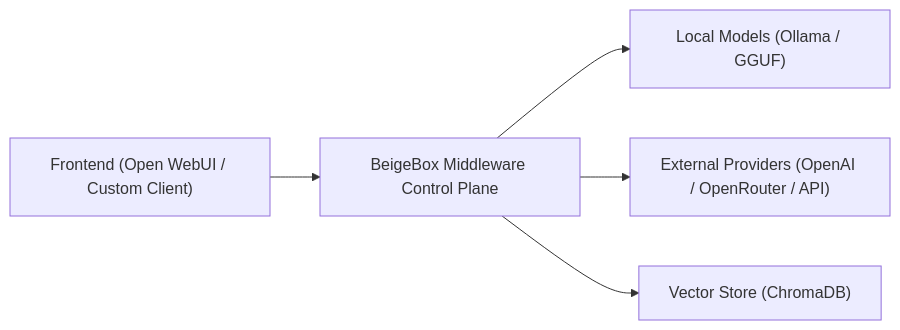
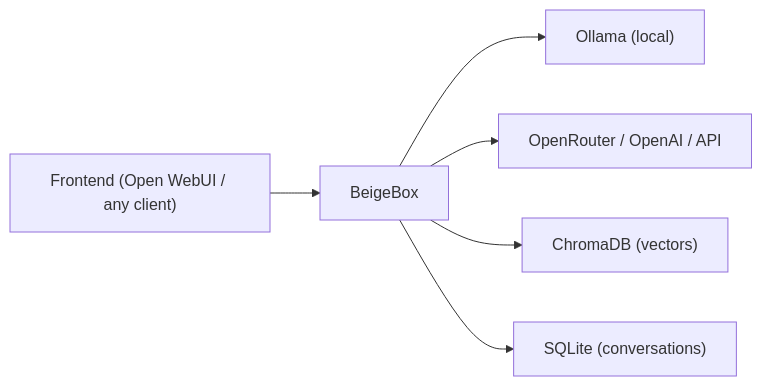
The diagram in README.md (RALaBarge/beigebox), drawn with Mermaid before and after one commit. The commit also changed other lines of this file and 1 other file, not shown here.

````diff
--- a/README.md
+++ b/README.md
@@ -45,13 +7,15 @@
 ```mermaid
 flowchart LR
-  FE["Frontend (Open WebUI / Custom Client)"]
-  BB["BeigeBox Middleware Control Plane"]
-  LM["Local Models (Ollama / GGUF)"]
-  EP["External Providers (OpenAI / OpenRouter / API)"]
-  VS["Vector Store (ChromaDB)"]
+  FE["Frontend (Open WebUI / any client)"]
+  BB["BeigeBox"]
+  LM["Ollama (local)"]
+  EP["OpenRouter / OpenAI / API"]
+  VS["ChromaDB (vectors)"]
+  DB["SQLite (conversations)"]
 
   FE --> BB
   BB --> LM
   BB --> EP
   BB --> VS
+  BB --> DB
 ```
````
